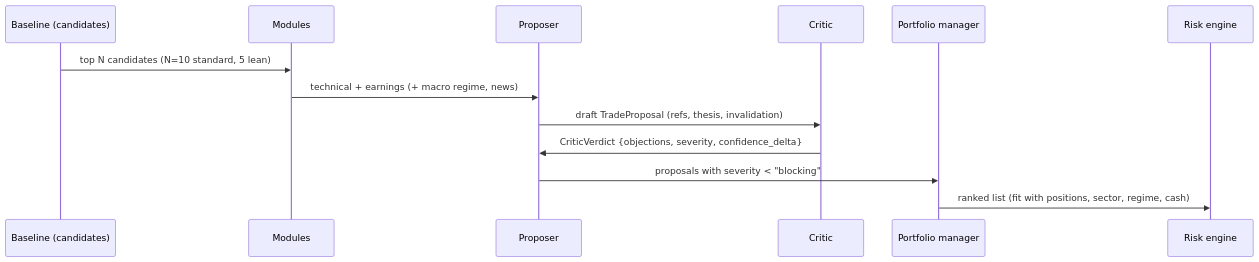
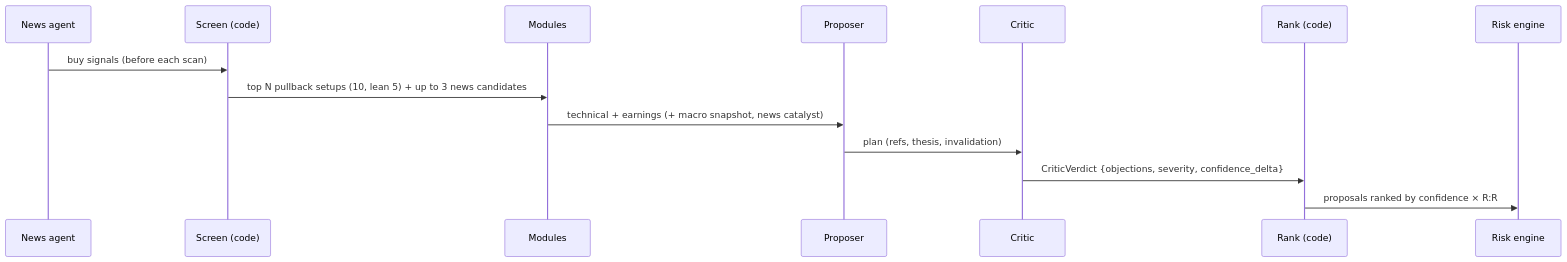
The third of 6 diagrams in IMPLEMENTATION.md (klausrossmann/trading-agent), drawn with Mermaid before and after one commit. The commit also changed other lines of this file and 104 other files, not shown here.

First line of the commit message:
Simplify: IBKR only, step log, orchestrator, News agent

````diff
--- a/IMPLEMENTATION.md
+++ b/IMPLEMENTATION.md
@@ -471,15 +479,16 @@
 ```mermaid
 sequenceDiagram
-    participant B as Baseline (candidates)
+    participant N as News agent
+    participant S as Screen (code)
     participant M as Modules
     participant P as Proposer
     participant C as Critic
-    participant PM as Portfolio manager
+    participant K as Rank (code)
     participant R as Risk engine
-    B->>M: top N candidates (N=10 standard, 5 lean)
-    M->>P: technical + earnings (+ macro regime, news)
-    P->>C: draft TradeProposal (refs, thesis, invalidation)
-    C->>P: CriticVerdict {objections, severity, confidence_delta}
-    P->>PM: proposals with severity < "blocking"
-    PM->>R: ranked list (fit with positions, sector, regime, cash)
+    N->>S: buy signals (before each scan)
+    S->>M: top N pullback setups (10, lean 5) + up to 3 news candidates
+    M->>P: technical + earnings (+ macro snapshot, news catalyst)
+    P->>C: plan (refs, thesis, invalidation)
+    C->>K: CriticVerdict {objections, severity, confidence_delta}
+    K->>R: proposals ranked by confidence × R:R
 ```
````
